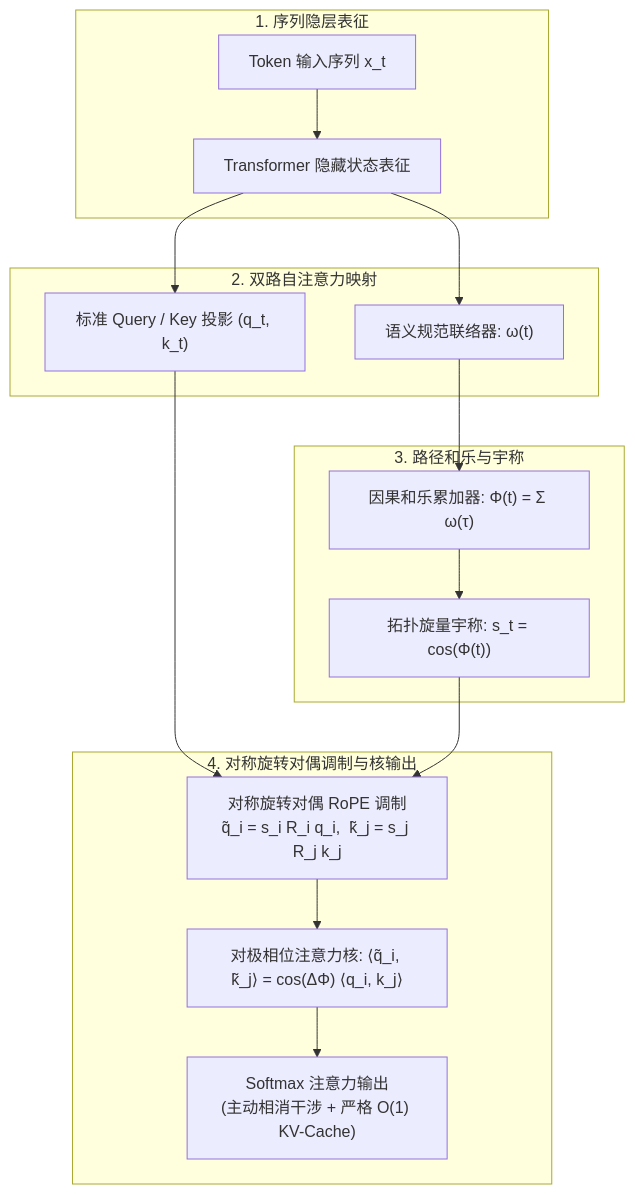
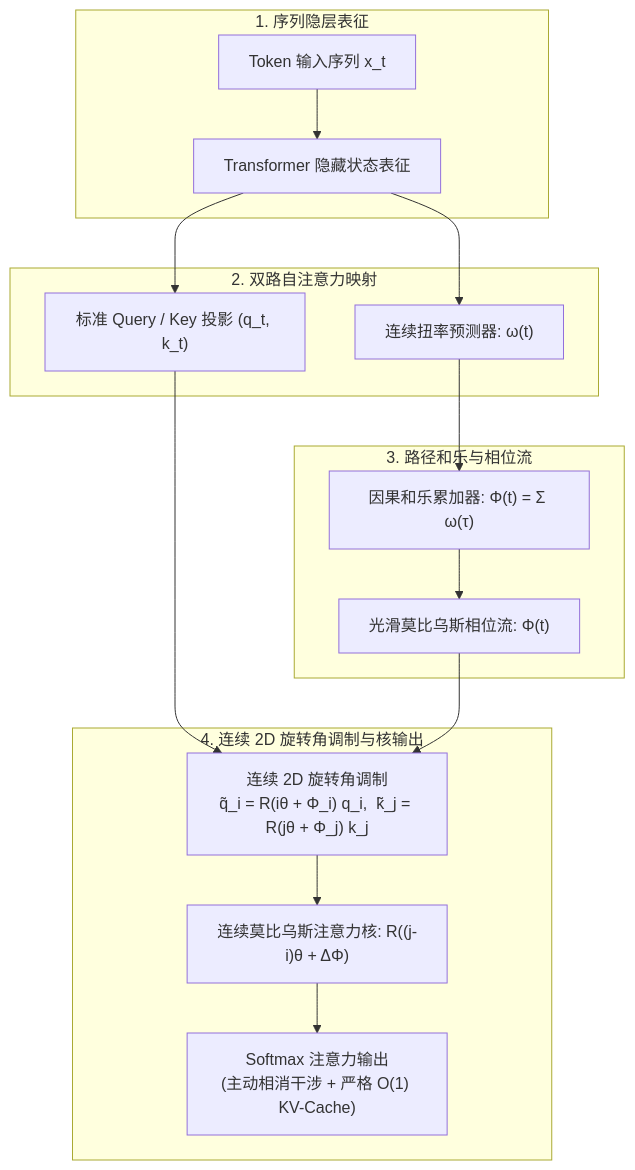
One commit to 3y3y3y-huaiji/mobius-attention changed the third of 3 diagrams in README_zh.md. Above: the diagram before and after it, drawn with Mermaid. The commit also changed other lines of this file and 26 other files, not shown here.

First line of the commit message:
refactor: de-bloat and transition to continuous semantic torsion flow

````diff
--- a/README_zh.md
+++ b/README_zh.md
@@ -185,22 +188,22 @@
 ```mermaid
 flowchart TD
     subgraph S1["1. 序列隐层表征"]
         X["Token 输入序列 x_t"] --> H["Transformer 隐藏状态表征"]
     end
 
     subgraph S2["2. 双路自注意力映射"]
         H --> QK["标准 Query / Key 投影 (q_t, k_t)"]
-        H --> SGC["语义规范联络器: ω(t)"]
+        H --> SGC["连续扭率预测器: ω(t)"]
     end
 
-    subgraph S3["3. 路径和乐与宇称"]
+    subgraph S3["3. 路径和乐与相位流"]
         SGC --> HOL["因果和乐累加器: Φ(t) = Σ ω(τ)"]
-        HOL --> PAR["拓扑旋量宇称: s_t = cos(Φ(t))"]
+        HOL --> PAR["光滑莫比乌斯相位流: Φ(t)"]
     end
 
-    subgraph S4["4. 对称旋转对偶调制与核输出"]
-        QK & PAR --> DUAL["对称旋转对偶 RoPE 调制<br>q̃_i = s_i R_i q_i,  k̃_j = s_j R_j k_j"]
-        DUAL --> KERNEL["对极相位注意力核: ⟨q̃_i, k̃_j⟩ = cos(ΔΦ) ⟨q_i, k_j⟩"]
+    subgraph S4["4. 连续 2D 旋转角调制与核输出"]
+        QK & PAR --> DUAL["连续 2D 旋转角调制<br>q̃_i = R(iθ + Φ_i) q_i,  k̃_j = R(jθ + Φ_j) k_j"]
+        DUAL --> KERNEL["连续莫比乌斯注意力核: R((j-i)θ + ΔΦ)"]
         KERNEL --> SM["Softmax 注意力输出<br>(主动相消干涉 + 严格 O(1) KV-Cache)"]
     end
 ```
````
